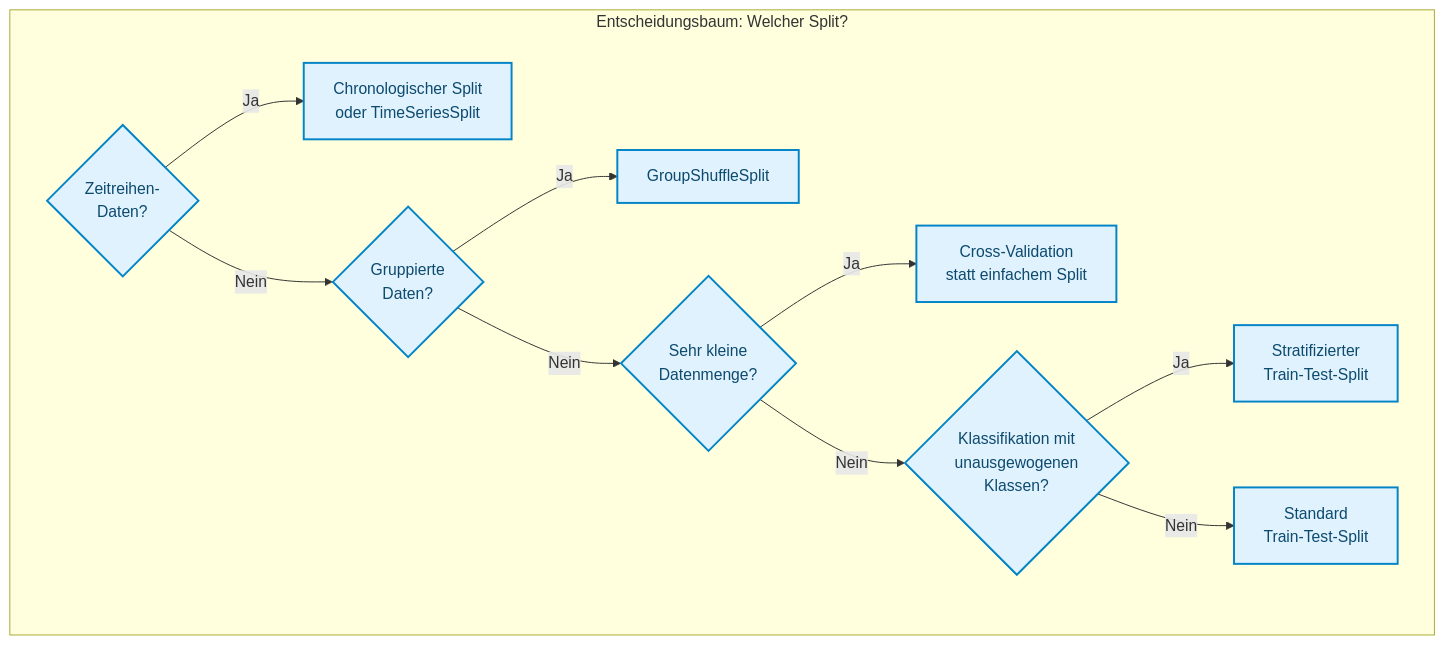
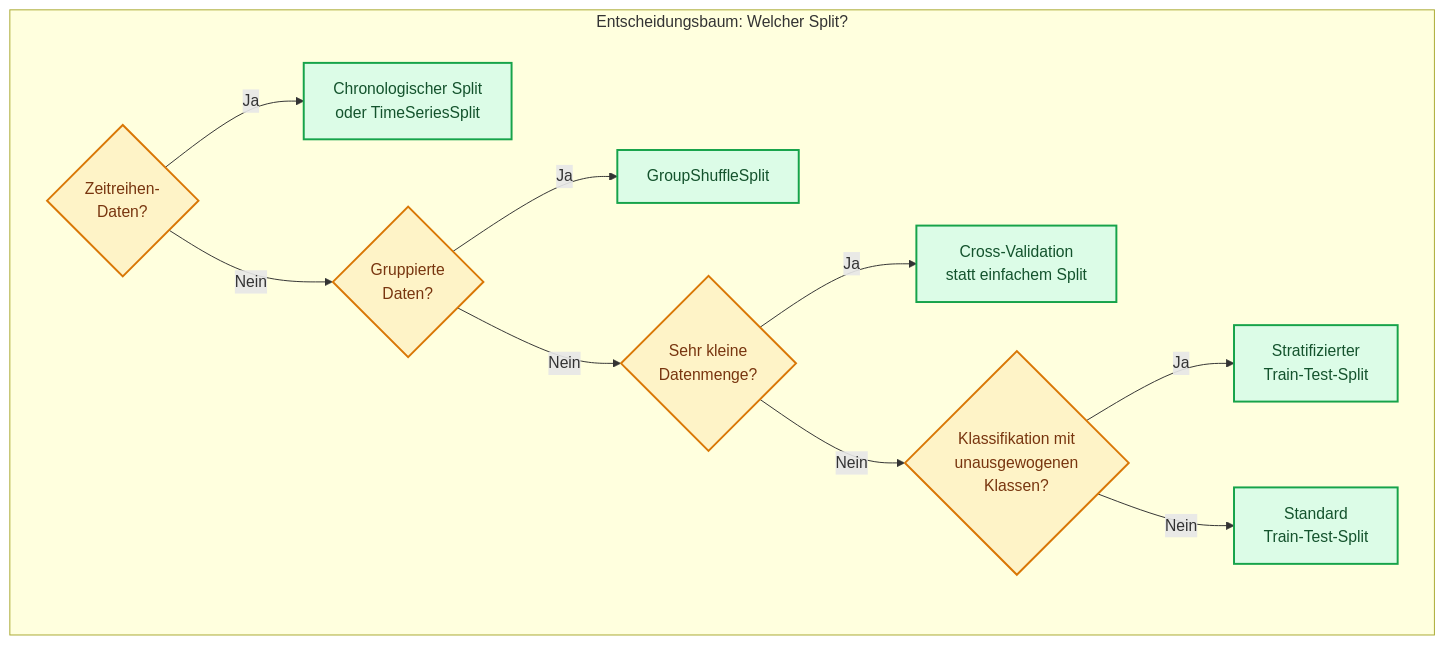
Before and after one commit to ralf-42/ML_Intro: the fourth of 4 diagrams in docs/concepts/prepare/train_test_split.md, drawn with Mermaid. The commit also changed other lines of this file and 49 other files, not shown here.

````diff
--- a/docs/concepts/prepare/train_test_split.md
+++ b/docs/concepts/prepare/train_test_split.md
@@ -435,16 +441,21 @@
 ```mermaid
 flowchart TB
     subgraph entscheidung["Entscheidungsbaum: Welcher Split?"]
         Q1{Zeitreihen-<br/>Daten?}
         Q1 -->|Ja| A1["Chronologischer Split<br/>oder TimeSeriesSplit"]
         Q1 -->|Nein| Q2{Gruppierte<br/>Daten?}
         Q2 -->|Ja| A2["GroupShuffleSplit"]
         Q2 -->|Nein| Q3{Sehr kleine<br/>Datenmenge?}
         Q3 -->|Ja| A3["Cross-Validation<br/>statt einfachem Split"]
         Q3 -->|Nein| Q4{Klassifikation mit<br/>unausgewogenen<br/>Klassen?}
         Q4 -->|Ja| A4["Stratifizierter<br/>Train-Test-Split"]
         Q4 -->|Nein| A5["Standard<br/>Train-Test-Split"]
     end
 
     classDef default fill:#e0f2fe,stroke:#0284c7,stroke-width:2px,color:#0c4a6e;
+    classDef metric fill:#fef3c7,stroke:#d97706,stroke-width:2px,color:#78350f;
+    classDef output fill:#dcfce7,stroke:#16a34a,stroke-width:2px,color:#14532d;
+
+    class Q1,Q2,Q3,Q4 metric;
+    class A1,A2,A3,A4,A5 output;
 ```
````
